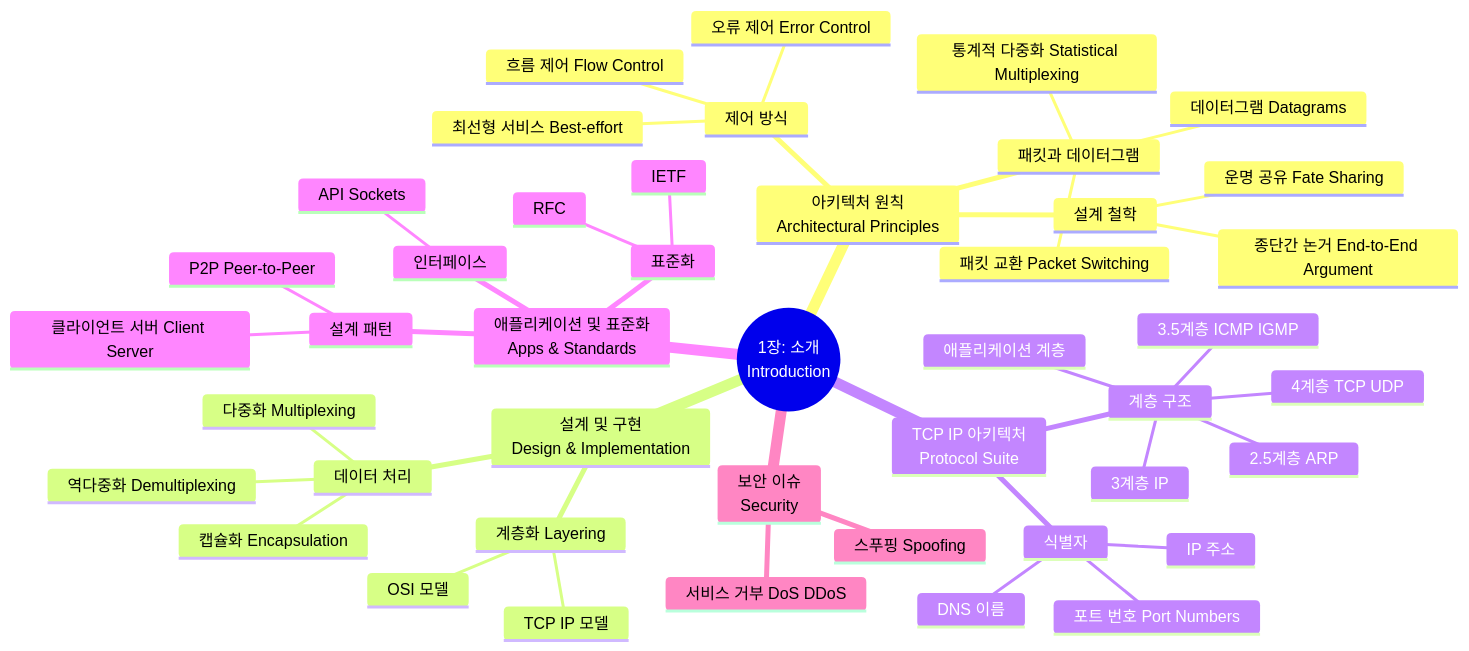
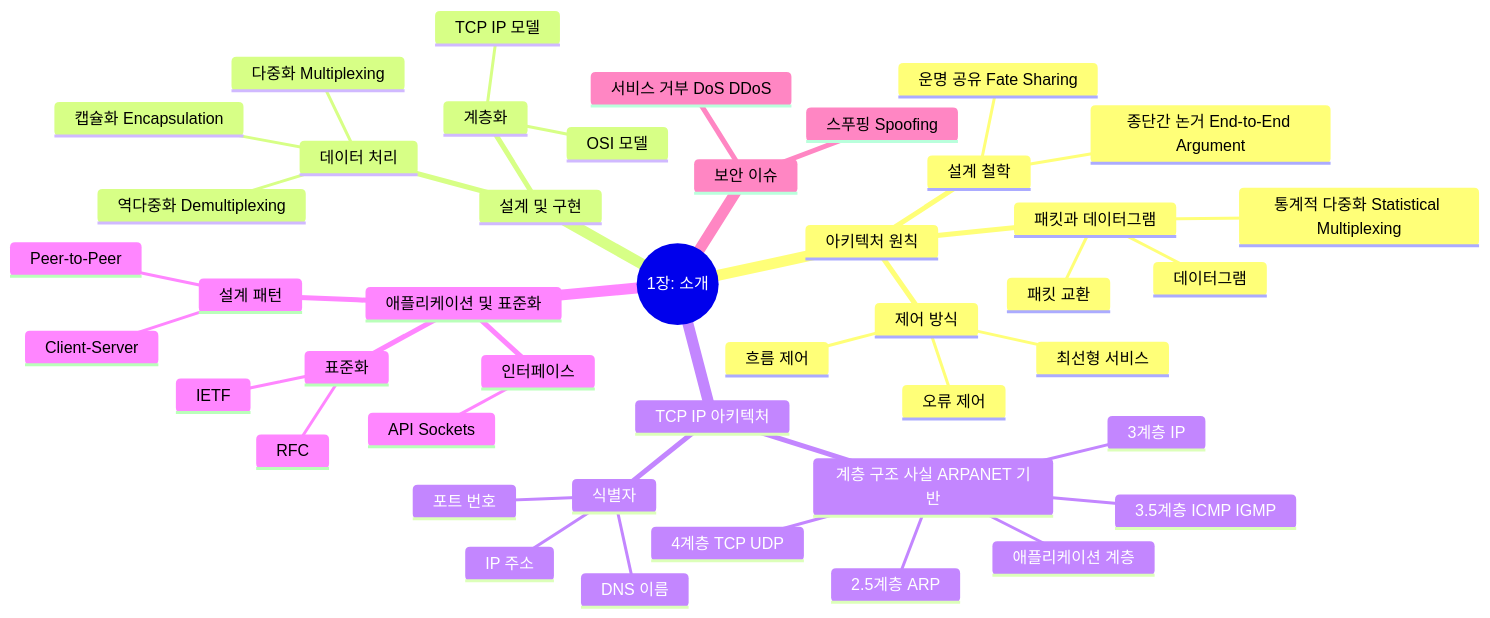
Before and after one commit to youngmin-gwon/what-i-studied: the diagram in 01_inbox/books/tcp_ip_illustrated_1/chapter1.md, drawn with Mermaid. The commit also changed other lines of this file and 1 other file, not shown here.

Commit message:
vault backup: 2026-01-01 23:18:49

````diff
--- a/01_inbox/books/tcp_ip_illustrated_1/chapter1.md
+++ b/01_inbox/books/tcp_ip_illustrated_1/chapter1.md
@@ -14,47 +14,47 @@
 ```mermaid
 mindmap
-  root((1장: 소개<br>Introduction))
-    아키텍처 원칙<br>Architectural Principles
+  root((1장: 소개))
+    아키텍처 원칙
       패킷과 데이터그램
-        패킷 교환 Packet Switching
+        패킷 교환
         통계적 다중화 Statistical Multiplexing
-        데이터그램 Datagrams
+        데이터그램
       설계 철학
         종단간 논거 End-to-End Argument
         운명 공유 Fate Sharing
       제어 방식
-        오류 제어 Error Control
-        흐름 제어 Flow Control
-        최선형 서비스 Best-effort
-    설계 및 구현<br>Design & Implementation
-      계층화 Layering
+        오류 제어
+        흐름 제어
+        최선형 서비스
+    설계 및 구현
+      계층화
         OSI 모델
         TCP IP 모델
       데이터 처리
         다중화 Multiplexing
         역다중화 Demultiplexing
         캡슐화 Encapsulation
-    TCP IP 아키텍처<br>Protocol Suite
-      계층 구조
+    TCP IP 아키텍처
+      계층 구조 사실 ARPANET 기반
         2.5계층 ARP
         3계층 IP
         3.5계층 ICMP IGMP
         4계층 TCP UDP
         애플리케이션 계층
       식별자
         IP 주소
-        포트 번호 Port Numbers
+        포트 번호
         DNS 이름
-    애플리케이션 및 표준화<br>Apps & Standards
+    애플리케이션 및 표준화
       설계 패턴
-        클라이언트 서버 Client Server
-        P2P Peer-to-Peer
+        Client-Server
+        Peer-to-Peer
       인터페이스
         API Sockets
       표준화
         IETF
         RFC
-    보안 이슈<br>Security
+    보안 이슈
       스푸핑 Spoofing
       서비스 거부 DoS DDoS
 ```
````
